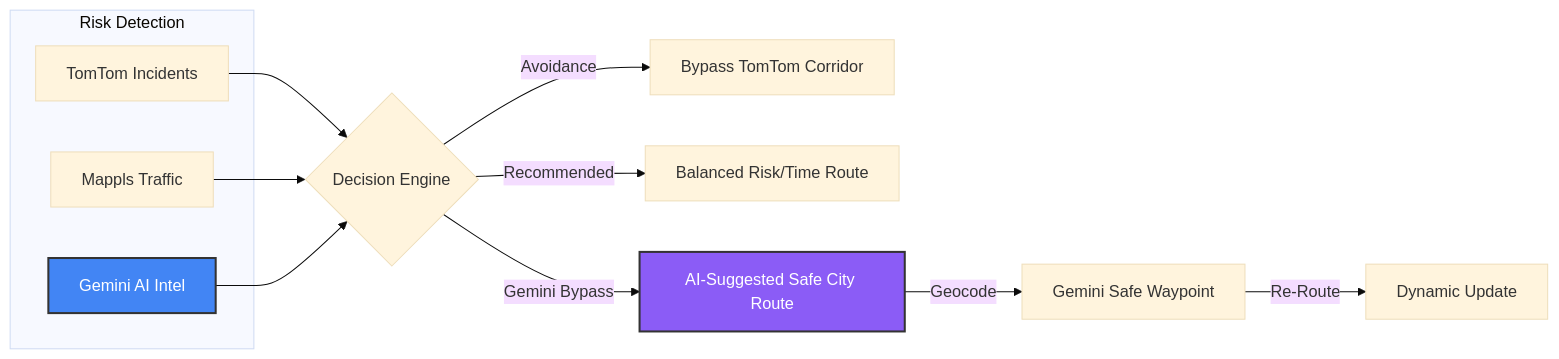
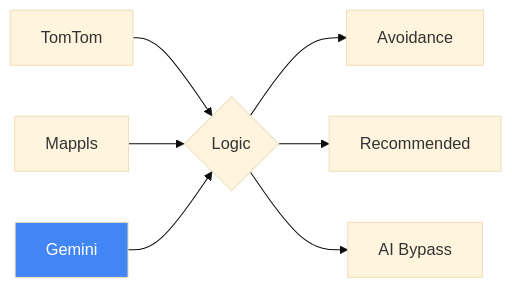
One commit to VeerTheSani/Smart-Supply-Chain-Intelligence-Platform changed the second of 2 diagrams in README.md. Above: the diagram before and after it, drawn with Mermaid (base theme). The commit also changed other lines of this file, not shown here.

````diff
--- a/README.md
+++ b/README.md
@@ -188,20 +81,6 @@
 ```mermaid
 graph LR
-    subgraph "Risk Detection"
-    T[TomTom Incidents]
-    M[Mappls Traffic]
-    G[Gemini AI Intel]
-    end
-
-    T & M & G --> Decision{Decision Engine}
-
-    Decision -->|Avoidance| R1[Bypass TomTom Corridor]
-    Decision -->|Recommended| R2[Balanced Risk/Time Route]
-    Decision -->|Gemini Bypass| R3[AI-Suggested Safe City Route]
-
-    R3 -->|Geocode| GC[Gemini Safe Waypoint]
-    GC -->|Re-Route| EXEC[Dynamic Update]
-    
-    style G fill:#4285f4,stroke:#333,stroke-width:2px,color:#fff
-    style R3 fill:#8b5cf6,stroke:#333,stroke-width:2px,color:#fff
+    T[TomTom] & M[Mappls] & G[Gemini] --> Decision{Logic}
+    Decision --> R1[Avoidance] & R2[Recommended] & R3[AI Bypass]
+    style G fill:#4285f4,color:#fff
 ```
````
